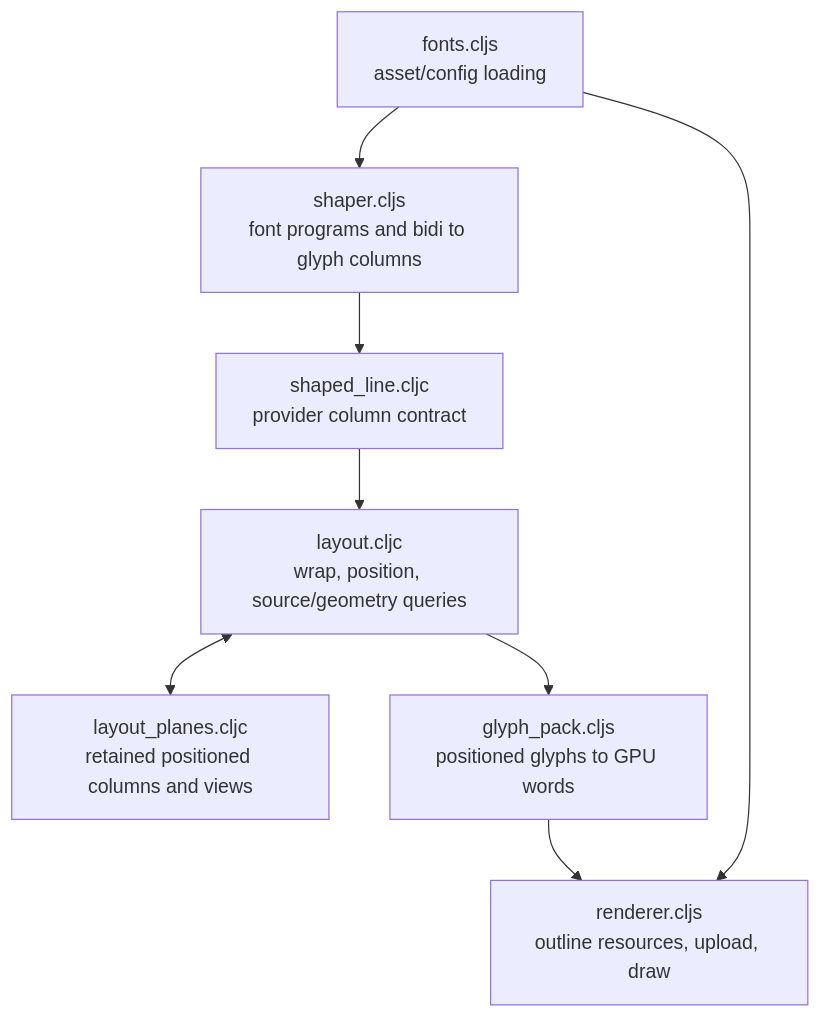
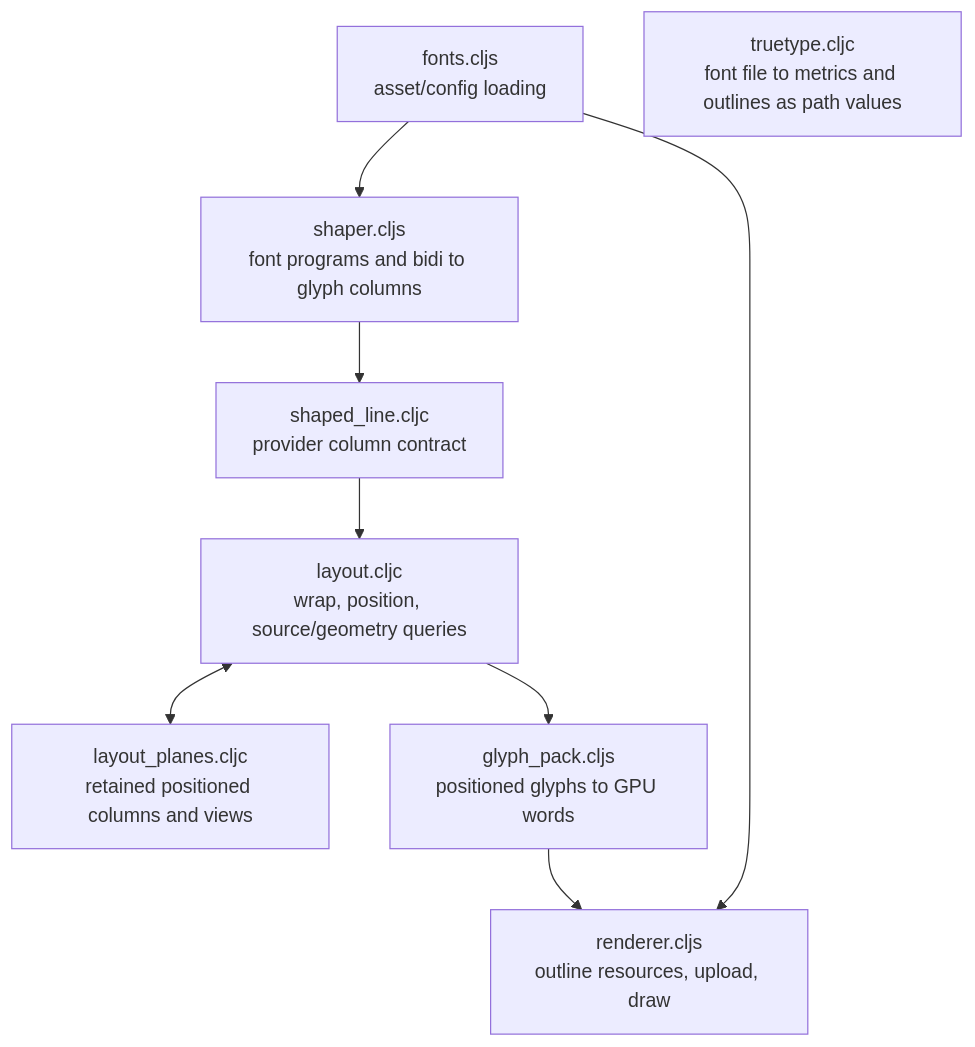
The diagram in src/app/client/text/README.md (sid597/Softland), drawn with Mermaid before and after one commit. The commit also changed other lines of this file and 20 other files, not shown here.

````diff
--- a/src/app/client/text/README.md
+++ b/src/app/client/text/README.md
@@ -7,10 +7,11 @@
 ```mermaid
 flowchart TD
     F["fonts.cljs<br/>asset/config loading"] --> S["shaper.cljs<br/>font programs and bidi to glyph columns"]
     S --> SL["shaped_line.cljc<br/>provider column contract"]
+    TT["truetype.cljc<br/>font file to metrics and outlines as path values"]
     SL --> L["layout.cljc<br/>wrap, position, source/geometry queries"]
     L <--> P["layout_planes.cljc<br/>retained positioned columns and views"]
     L --> G["glyph_pack.cljs<br/>positioned glyphs to GPU words"]
     F --> R["renderer.cljs<br/>outline resources, upload, draw"]
     G --> R
 ```
````
